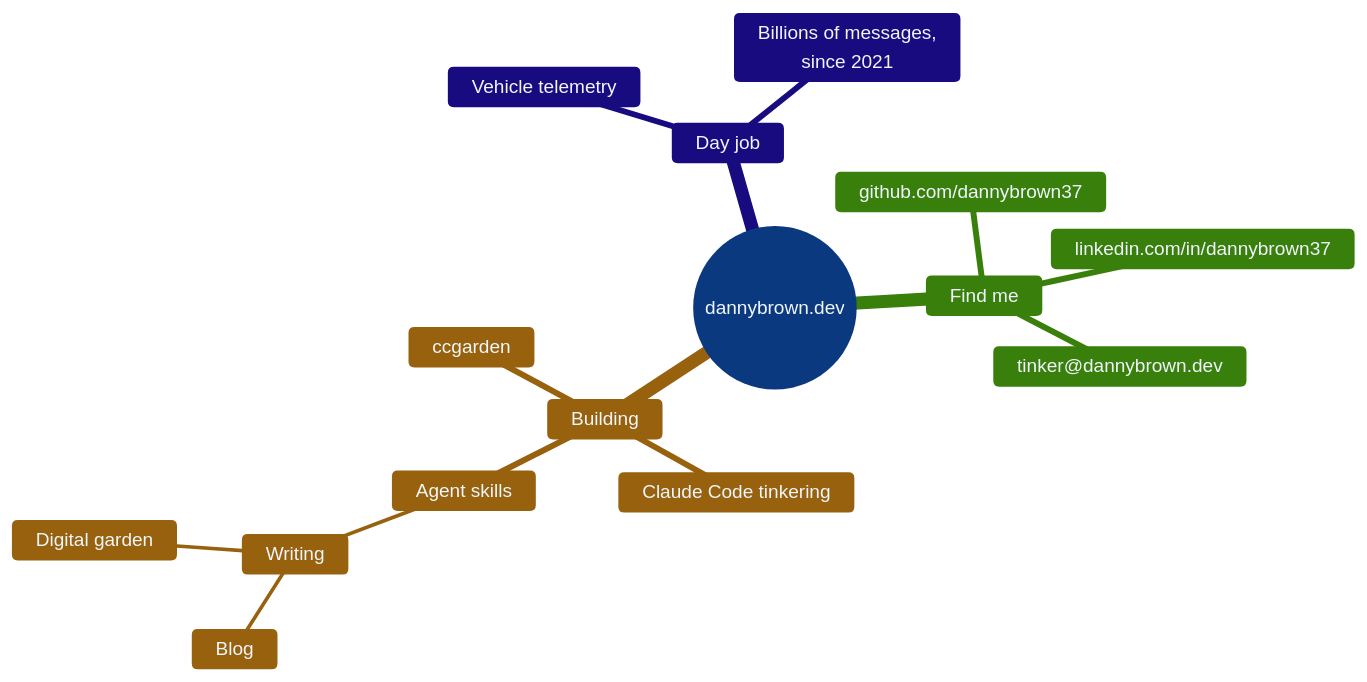
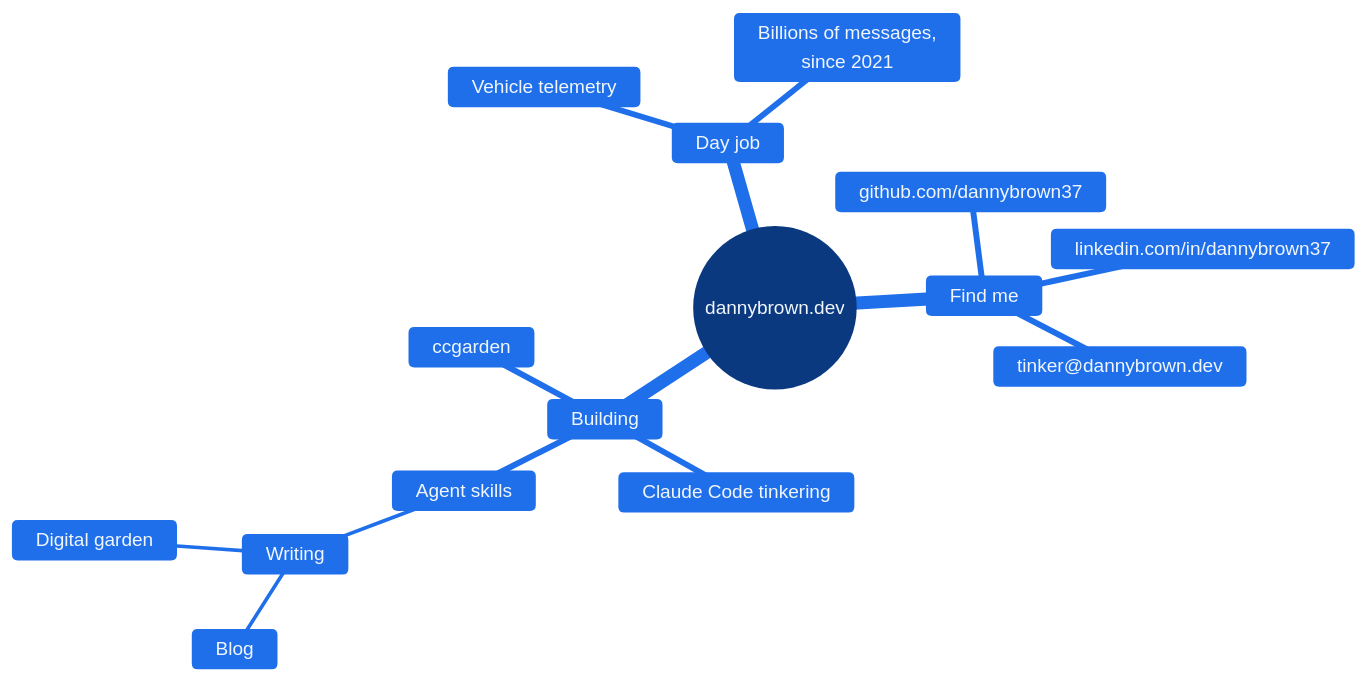
One commit to dannybrown37/dannybrown37 changed the diagram in README.md. Above: the diagram before and after it, drawn with Mermaid. The commit also changed other lines of this file, not shown here.

Commit message:
Revise README with new links and content structure
Updated links and improved the structure of the README.

````diff
--- a/README.md
+++ b/README.md
@@ -7,19 +7,24 @@
 ```mermaid
-%%{init: {'theme':'base', 'themeVariables': {'primaryColor':'#1f6feb','primaryTextColor':'#f0f6fc','primaryBorderColor':'#58a6ff','lineColor':'#8b949e','textColor':'#f0f6fc','fontSize':'16px'}}}%%
+%%{init: {'theme':'base', 'themeVariables': {
+  'primaryColor':'#1f6feb','primaryTextColor':'#f0f6fc','primaryBorderColor':'#58a6ff',
+  'lineColor':'#8b949e','textColor':'#f0f6fc','fontSize':'16px',
+  'cScale0':'#1f6feb','cScale1':'#1f6feb','cScale2':'#1f6feb','cScale3':'#1f6feb',
+  'cScaleLabel0':'#f0f6fc','cScaleLabel1':'#f0f6fc','cScaleLabel2':'#f0f6fc','cScaleLabel3':'#f0f6fc'
+}}}%%
 mindmap
   root((dannybrown.dev))
     Find me
       github.com/dannybrown37
       linkedin.com/in/dannybrown37
       tinker@dannybrown.dev
     Building
       ccgarden
       Claude Code tinkering
       Agent skills
         Writing
           Blog
           Digital garden
     Day job
       Vehicle telemetry
       Billions of messages,<br/>since 2021
 ```
````
